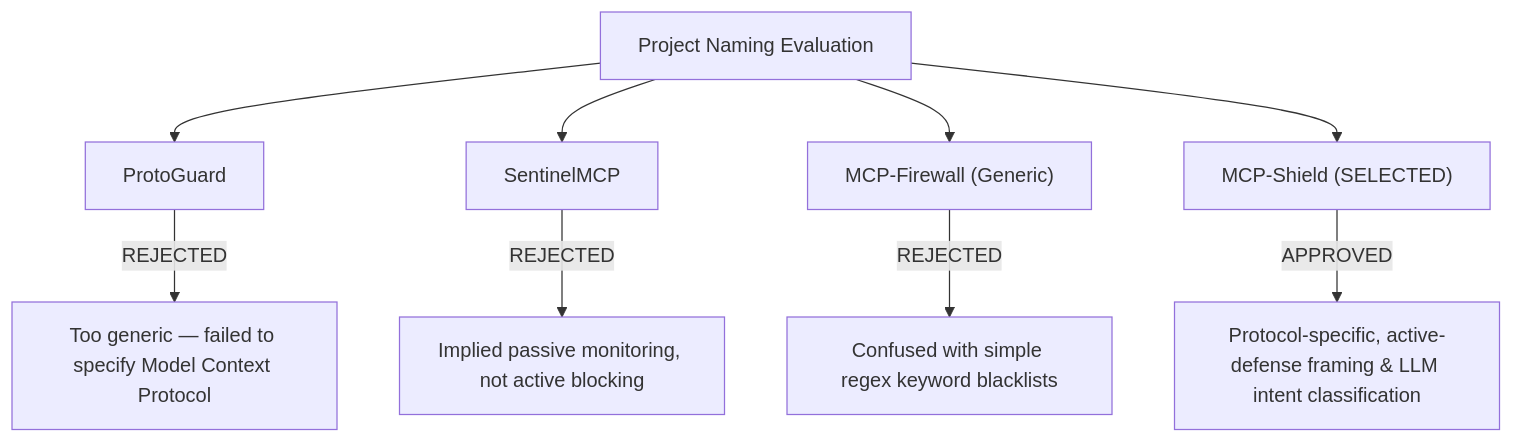
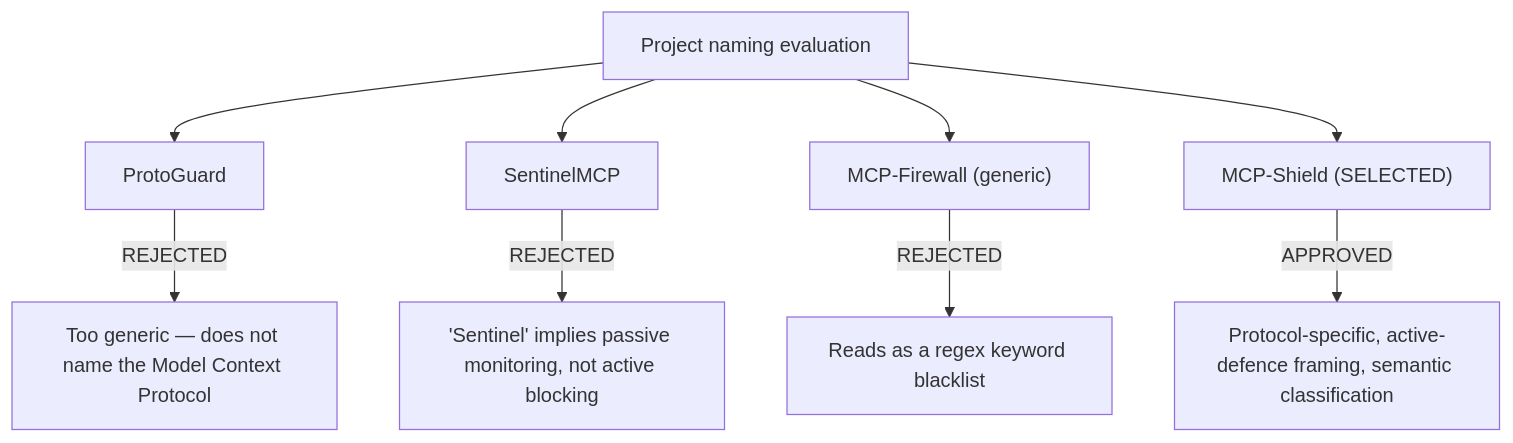
The first of 10 diagrams in MCP-Shield Complete Presentation Script & Project Blueprint.md (rishikeshvarma/MCP-Shield), drawn with Mermaid before and after one commit. The commit also changed other lines of this file and 10 other files, not shown here.

````diff
--- a/MCP-Shield Complete Presentation Script & Project Blueprint.md
+++ b/MCP-Shield Complete Presentation Script & Project Blueprint.md
@@ -62,12 +65,12 @@
 ```mermaid
 graph TD
-    A["Project Naming Evaluation"] --> B["ProtoGuard"]
+    A["Project naming evaluation"] --> B["ProtoGuard"]
     A --> C["SentinelMCP"]
-    A --> D["MCP-Firewall (Generic)"]
+    A --> D["MCP-Firewall (generic)"]
     A --> E["MCP-Shield (SELECTED)"]
-    
-    B -->|REJECTED| B1["Too generic — failed to specify Model Context Protocol"]
-    C -->|REJECTED| C1["Implied passive monitoring, not active blocking"]
-    D -->|REJECTED| D1["Confused with simple regex keyword blacklists"]
-    E -->|APPROVED| E1["Protocol-specific, active-defense framing & LLM intent classification"]
+
+    B -->|REJECTED| B1["Too generic — does not name the Model Context Protocol"]
+    C -->|REJECTED| C1["'Sentinel' implies passive monitoring, not active blocking"]
+    D -->|REJECTED| D1["Reads as a regex keyword blacklist"]
+    E -->|APPROVED| E1["Protocol-specific, active-defence framing, semantic classification"]
 ```
````
